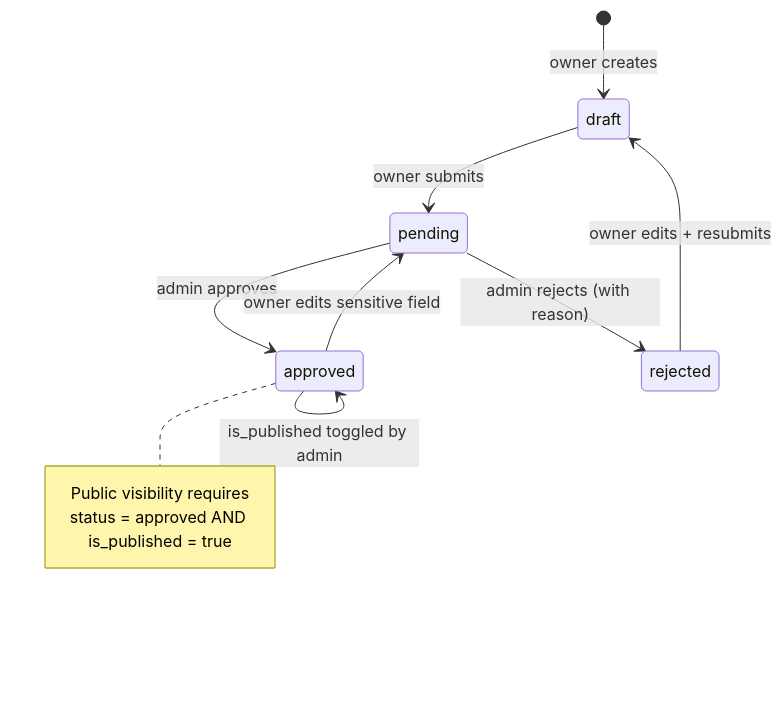
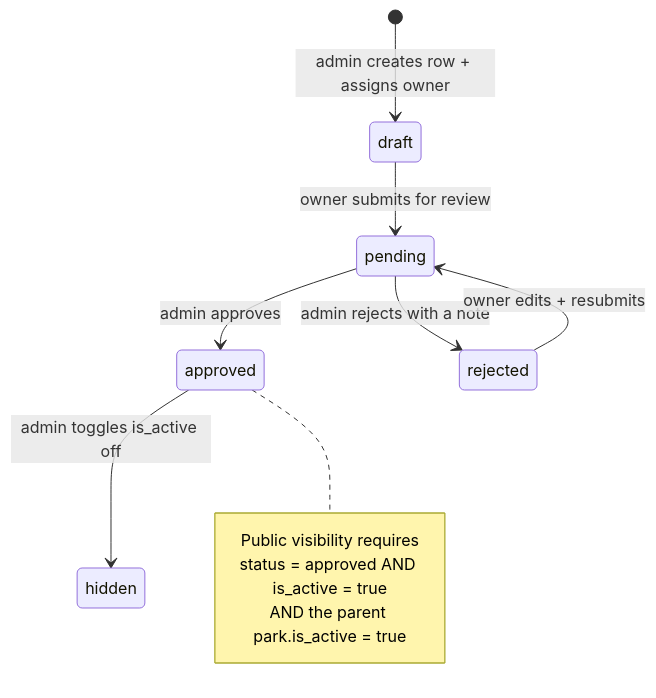
One commit to daneshavaran2/parkfava changed the sixth of 11 diagrams in README.md. Above: the diagram before and after it, drawn with Mermaid. The commit also changed other lines of this file, not shown here.

````diff
--- a/README.md
+++ b/README.md
@@ -386,15 +412,15 @@
 ```mermaid
 stateDiagram-v2
-  [*] --> draft: owner creates
-  draft --> pending: owner submits
+  [*] --> draft: admin creates row + assigns owner
+  draft --> pending: owner submits for review
   pending --> approved: admin approves
-  pending --> rejected: admin rejects (with reason)
-  rejected --> draft: owner edits + resubmits
-  approved --> pending: owner edits sensitive field
-  approved --> approved: is_published toggled by admin
+  pending --> rejected: admin rejects with a note
+  rejected --> pending: owner edits + resubmits
+  approved --> hidden: admin toggles is_active off
 
   note right of approved
     Public visibility requires
-    status = approved AND is_published = true
+    status = approved AND is_active = true
+    AND the parent park.is_active = true
   end note
 ```
````
